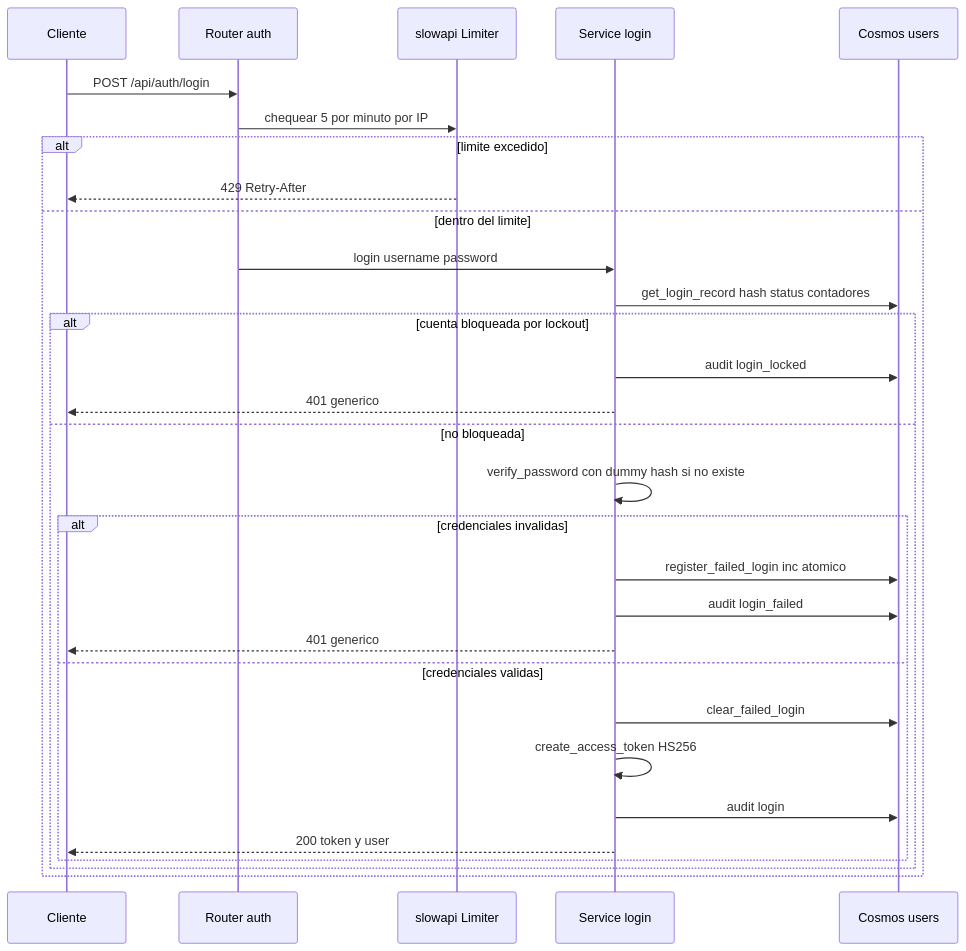
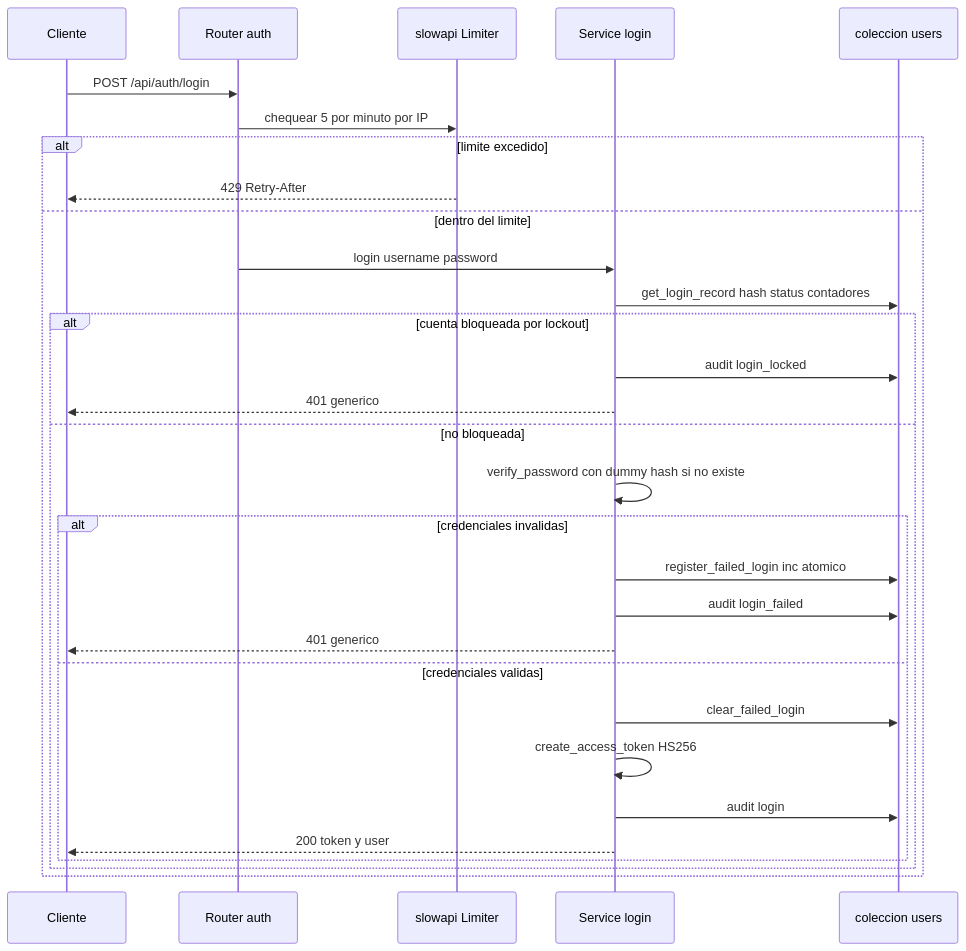
Before and after one commit to Carlosmps97/backend-data-model-hub: the fourth of 5 diagrams in doc/seguridad.md, drawn with Mermaid. The commit also changed other lines of this file and 8 other files, not shown here.

````diff
--- a/doc/seguridad.md
+++ b/doc/seguridad.md
@@ -203,32 +225,32 @@
 ```mermaid
 sequenceDiagram
     participant C as Cliente
     participant R as Router auth
     participant L as slowapi Limiter
     participant S as Service login
-    participant DB as Cosmos users
+    participant DB as coleccion users
     C->>R: POST /api/auth/login
     R->>L: chequear 5 por minuto por IP
     alt limite excedido
         L-->>C: 429 Retry-After
     else dentro del limite
         R->>S: login username password
         S->>DB: get_login_record hash status contadores
         alt cuenta bloqueada por lockout
             S->>DB: audit login_locked
             S-->>C: 401 generico
         else no bloqueada
             S->>S: verify_password con dummy hash si no existe
             alt credenciales invalidas
                 S->>DB: register_failed_login inc atomico
                 S->>DB: audit login_failed
                 S-->>C: 401 generico
             else credenciales validas
                 S->>DB: clear_failed_login
                 S->>S: create_access_token HS256
                 S->>DB: audit login
                 S-->>C: 200 token y user
             end
         end
     end
 ```
````
